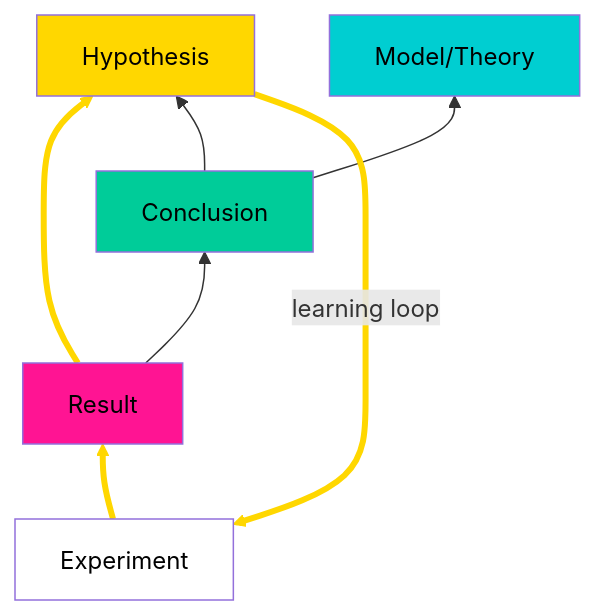
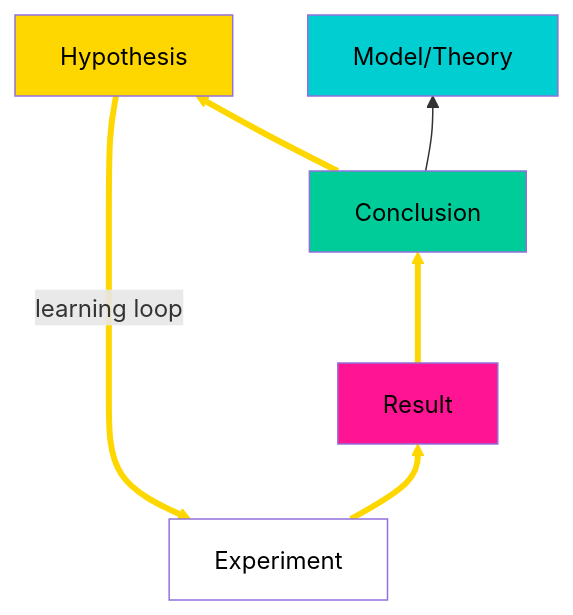
One commit to DarrenZal/Quartz changed the second of 3 diagrams in content/DiscourseGraphs.md. Above: the diagram before and after it, drawn with Mermaid.

Commit message:
Quartz sync: Nov 4, 2024, 11:56 PM

````diff
--- a/content/DiscourseGraphs.md
+++ b/content/DiscourseGraphs.md
@@ -56,22 +56,21 @@
 ```mermaid
 graph BT
     E[Experiment]
     R[Result]
     H[Hypothesis]
     C[Conclusion]
     M[Model/Theory]
 
     E --> R
-    R --> H
     R --> C
     C --> H
     C --> M
     H -->|"learning loop"| E
     
     style H fill:#ffd700,color:#000
     style C fill:#00cc99,color:#000
     style R fill:#ff1493,color:#000
     style E fill:#ffffff,color:#000
     style M fill:#00CED1,color:#000
-    linkStyle 0,1,5 stroke:#ffd700,stroke-width:4px
+    linkStyle 0,1,2,4 stroke:#ffd700,stroke-width:4px
 ```
````
